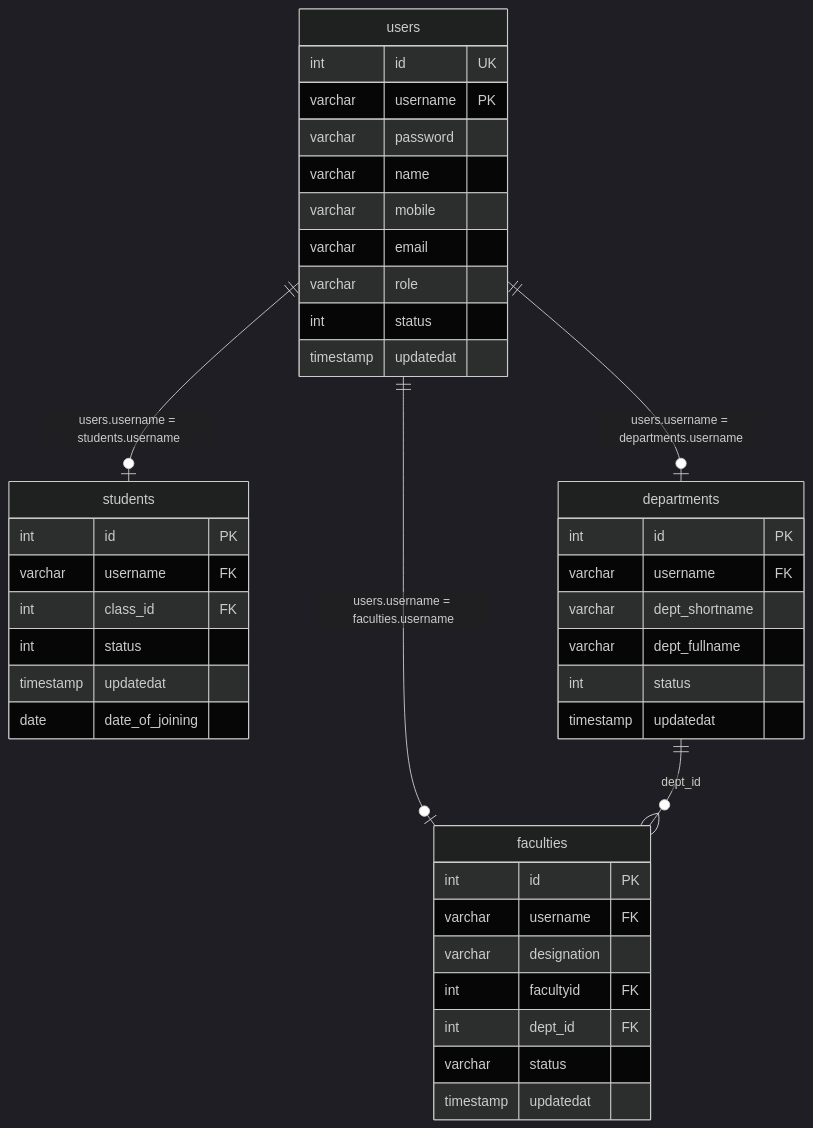
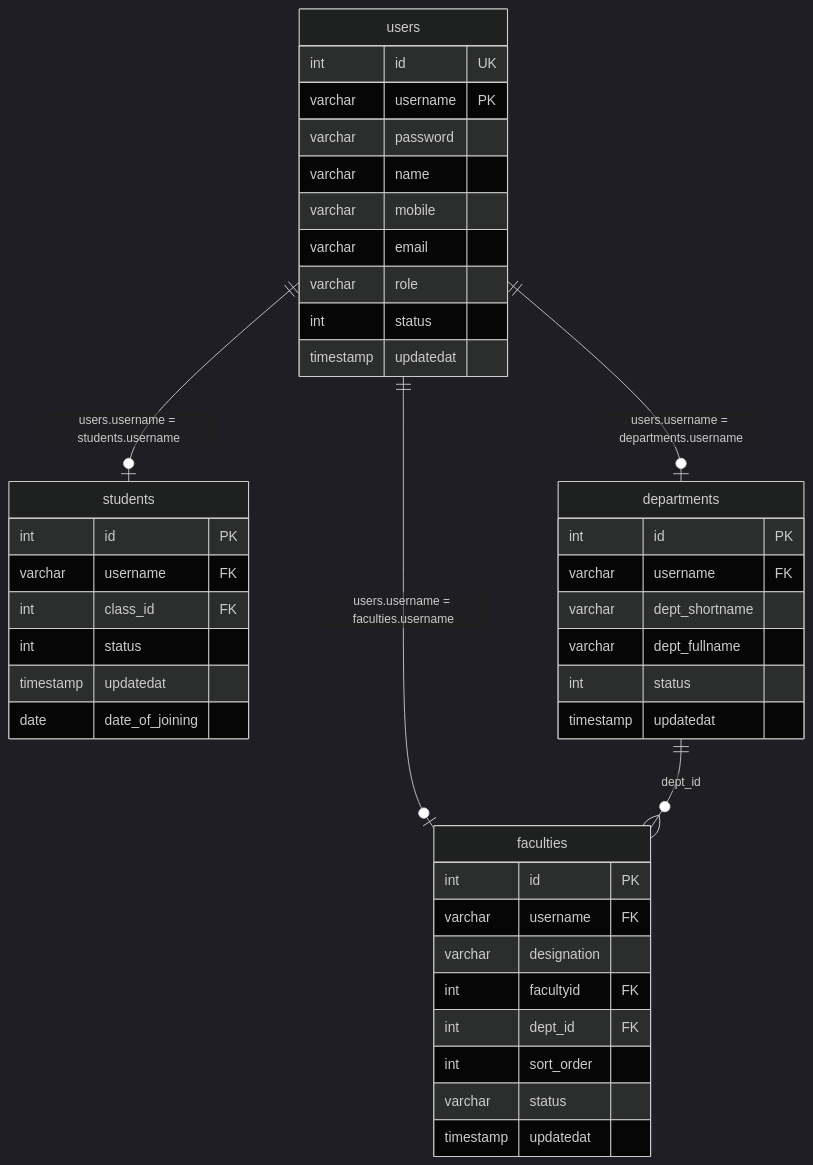
One commit to katamanilprojects/sarb changed the first of 12 diagrams in docs/database/relationships.md. Above: the diagram before and after it, drawn with Mermaid (dark theme). The commit also changed other lines of this file and 125 other files, not shown here.

````diff
--- a/docs/database/relationships.md
+++ b/docs/database/relationships.md
@@ -15,47 +15,48 @@
 ```mermaid
 erDiagram
     users {
         int id UK
         varchar username PK
         varchar password
         varchar name
         varchar mobile
         varchar email
         varchar role
         int status
         timestamp updatedat
     }
 
     faculties {
         int id PK
         varchar username FK
         varchar designation
         int facultyid FK
         int dept_id FK
+        int sort_order
         varchar status
         timestamp updatedat
     }
 
     students {
         int id PK
         varchar username FK
         int class_id FK
         int status
         timestamp updatedat
         date date_of_joining
     }
 
     departments {
         int id PK
         varchar username FK
         varchar dept_shortname
         varchar dept_fullname
         int status
         timestamp updatedat
     }
 
     users ||--o| faculties : "users.username = faculties.username"
     users ||--o| students : "users.username = students.username"
     users ||--o| departments : "users.username = departments.username"
     departments ||--o{ faculties : "dept_id"
 ```
````
